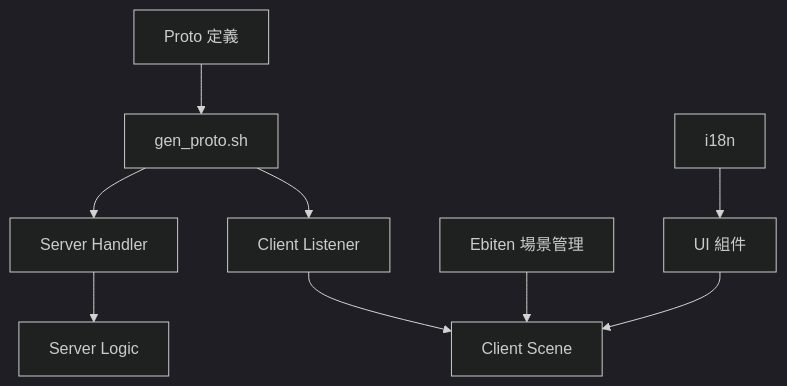
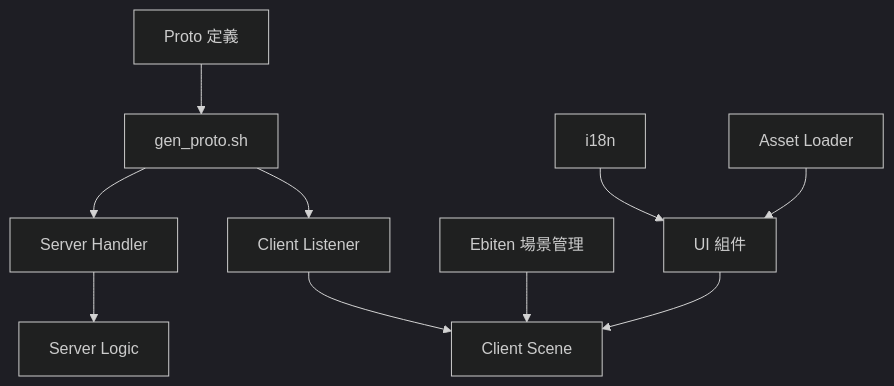
Before and after one commit to kabuke/ChroniclesFormosa: the diagram in docs/phases/phase1_plan.md, drawn with Mermaid (dark theme). The commit also changed other lines of this file and 117 other files, not shown here.

````diff
--- a/docs/phases/phase1_plan.md
+++ b/docs/phases/phase1_plan.md
@@ -136,11 +97,12 @@
 ```mermaid
 graph TD
     A[Proto 定義] --> B[gen_proto.sh]
     B --> C[Server Handler]
     B --> D[Client Listener]
     C --> E[Server Logic]
     D --> F[Client Scene]
     G[Ebiten 場景管理] --> F
     H[UI 組件] --> F
     I[i18n] --> H
+    J[Asset Loader] --> H
 ```
````
